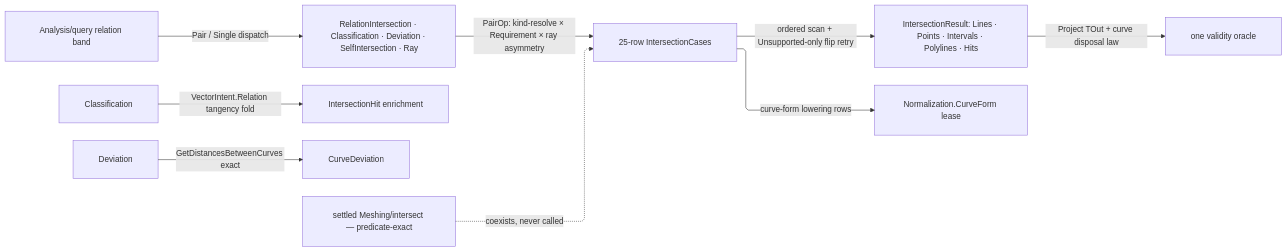
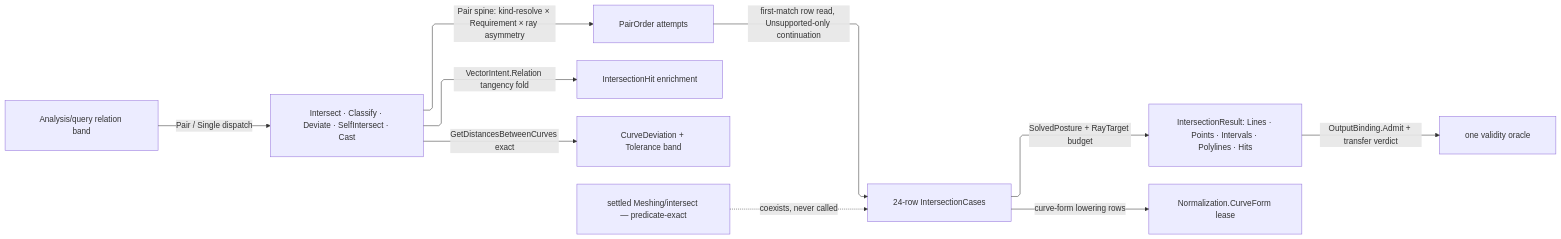
The diagram in libs/csharp/Rasm/.planning/Analysis/relations.md (bsamiee/Rasm), drawn with Mermaid before and after one commit. The commit also changed other lines of this file and 818 other files, not shown here.

````diff
--- a/libs/csharp/Rasm/.planning/Analysis/relations.md
+++ b/libs/csharp/Rasm/.planning/Analysis/relations.md
@@ -558,20 +682,21 @@
 ```mermaid
 ---
 config:
   layout: elk
   flowchart:
     curve: linear
     padding: 25
 ---
 flowchart LR
     accTitle: Geometric relation dispatch band
-    accDescr: The query relation band dispatching pair and single builders through a twenty-five-row intersection case table whose ordered scan yields the shape union under one validity oracle, with curve-form lowering, tangency enrichment, and exact deviation beside the predicate-exact meshing path that coexists uncalled.
-    Query[Analysis/query relation band] -->|Pair / Single dispatch| Builders[RelationIntersection · Classification · Deviation · SelfIntersection · Ray]
-    Builders -->|PairOp: kind-resolve × Requirement × ray asymmetry| Table[25-row IntersectionCases]
-    Table -->|ordered scan + Unsupported-only flip retry| Shapes[IntersectionResult: Lines · Points · Intervals · Polylines · Hits]
+    accDescr: The query relation band dispatching pair and single builders through a twenty-four-row intersection case table whose PairOrder-driven first-match read yields the shape union under one validity oracle, with curve-form lowering, tangency enrichment, and exact deviation beside the predicate-exact meshing path that coexists uncalled.
+    Query[Analysis/query relation band] -->|Pair / Single dispatch| Builders[Intersect · Classify · Deviate · SelfIntersect · Cast]
+    Builders -->|Pair spine: kind-resolve × Requirement × ray asymmetry| Order[PairOrder attempts]
+    Order -->|first-match row read, Unsupported-only continuation| Table[24-row IntersectionCases]
+    Table -->|SolvedPosture + RayTarget budget| Shapes[IntersectionResult: Lines · Points · Intervals · Polylines · Hits]
     Table -->|curve-form lowering rows| Norm[Normalization.CurveForm lease]
-    Shapes -->|Project TOut + curve disposal law| Oracle[one validity oracle]
-    Classification -->|VectorIntent.Relation tangency fold| Hits[IntersectionHit enrichment]
-    Deviation -->|GetDistancesBetweenCurves exact| Receipt[CurveDeviation]
+    Shapes -->|OutputBinding.Admit + transfer verdict| Oracle[one validity oracle]
+    Builders -->|VectorIntent.Relation tangency fold| Hits[IntersectionHit enrichment]
+    Builders -->|GetDistancesBetweenCurves exact| Receipt[CurveDeviation + Tolerance band]
     Robust[settled Meshing/intersect — predicate-exact] -.->|coexists, never called| Table
 ```
````
